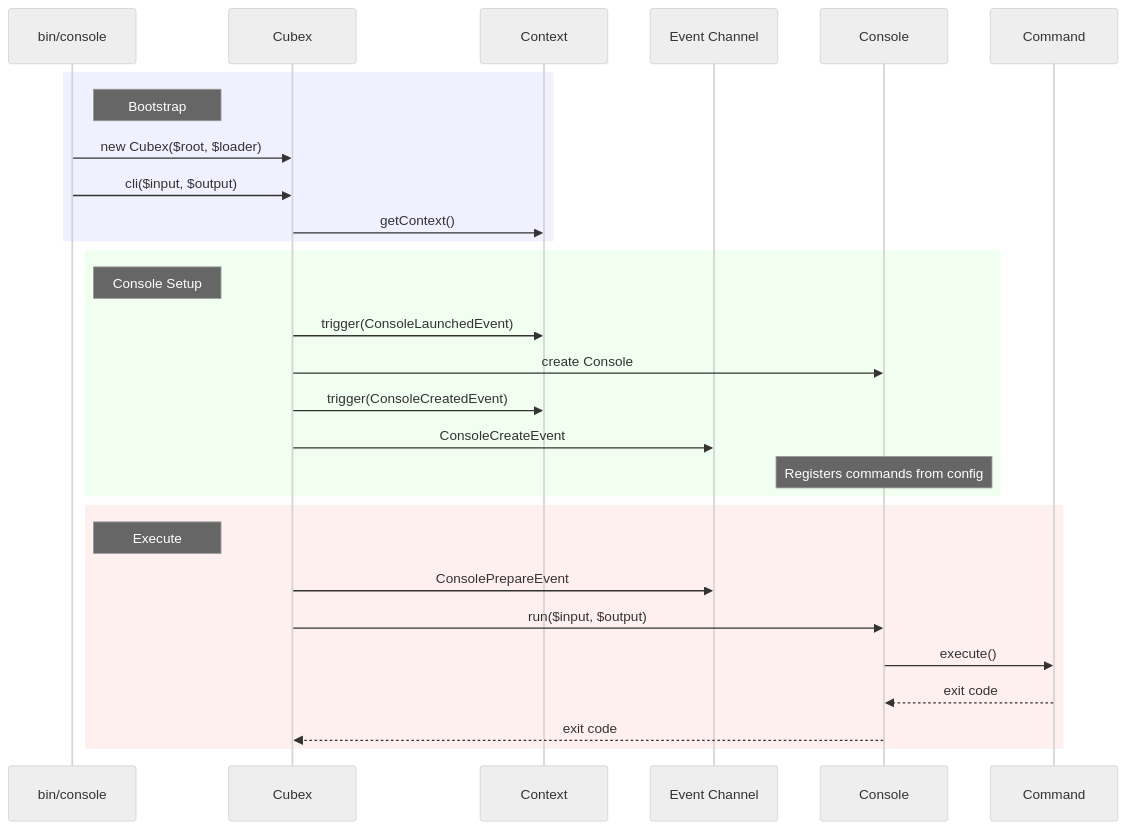
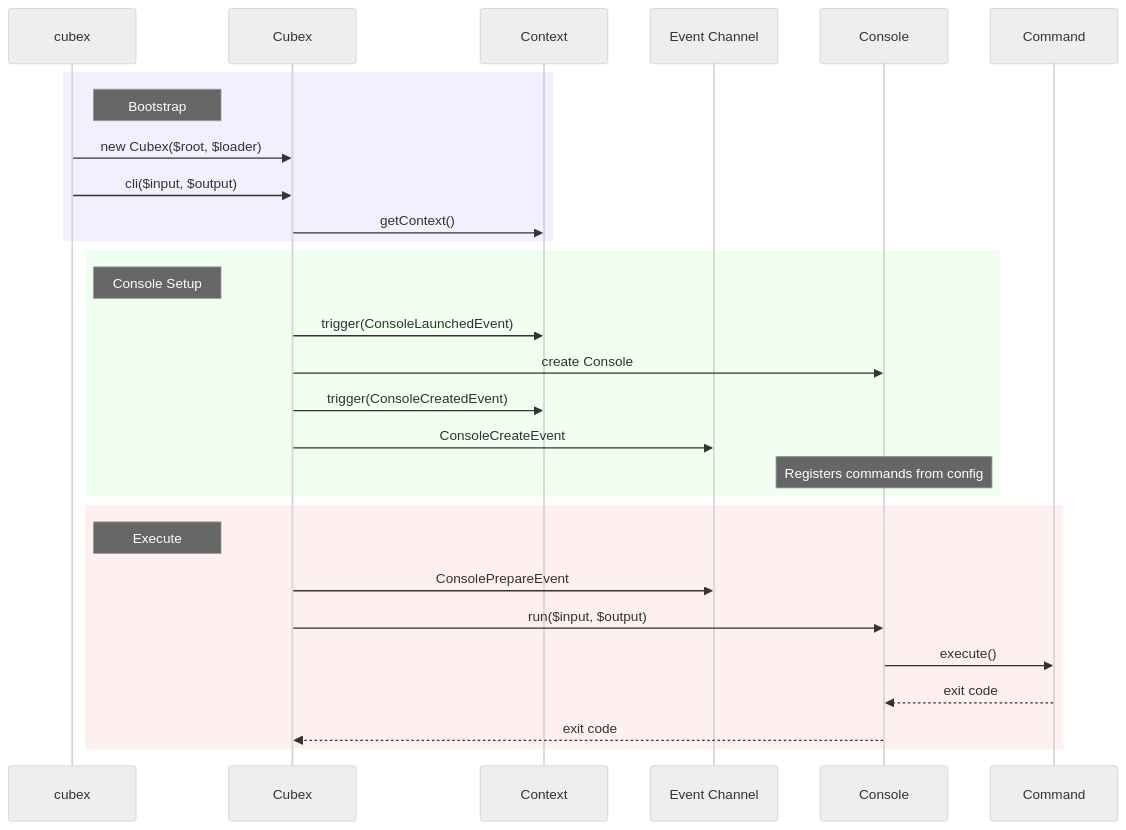
One commit to cubex/framework changed the second of 2 diagrams in docs/request-lifecycle.md. Above: the diagram before and after it, drawn with Mermaid (neutral theme). The commit also changed 6 other files, not shown here.

Commit message:
- update references from bin to cubex file

````diff
--- a/docs/request-lifecycle.md
+++ b/docs/request-lifecycle.md
@@ -104,34 +104,34 @@
 ```mermaid
 sequenceDiagram
-    participant Entry as bin/console
+    participant Entry as cubex
     participant Cubex
     participant Ctx as Context
     participant Channel as Event Channel
     participant Console
     participant Command
 
     rect rgb(240, 240, 255)
     Note right of Entry: Bootstrap
     Entry->>Cubex: new Cubex($root, $loader)
     Entry->>Cubex: cli($input, $output)
     Cubex->>Ctx: getContext()
     end
 
     rect rgb(240, 255, 240)
     Note right of Entry: Console Setup
     Cubex->>Ctx: trigger(ConsoleLaunchedEvent)
     Cubex->>Console: create Console
     Cubex->>Ctx: trigger(ConsoleCreatedEvent)
     Cubex->>Channel: ConsoleCreateEvent
     Note over Console: Registers commands from config
     end
 
     rect rgb(255, 240, 240)
     Note right of Entry: Execute
     Cubex->>Channel: ConsolePrepareEvent
     Cubex->>Console: run($input, $output)
     Console->>Command: execute()
     Command-->>Console: exit code
     Console-->>Cubex: exit code
     end
 ```
````
